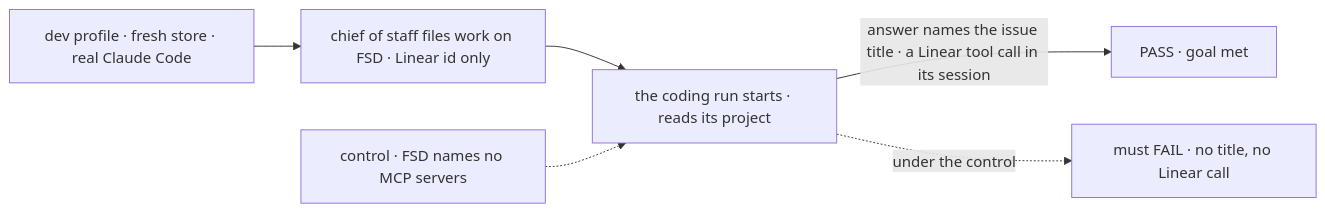
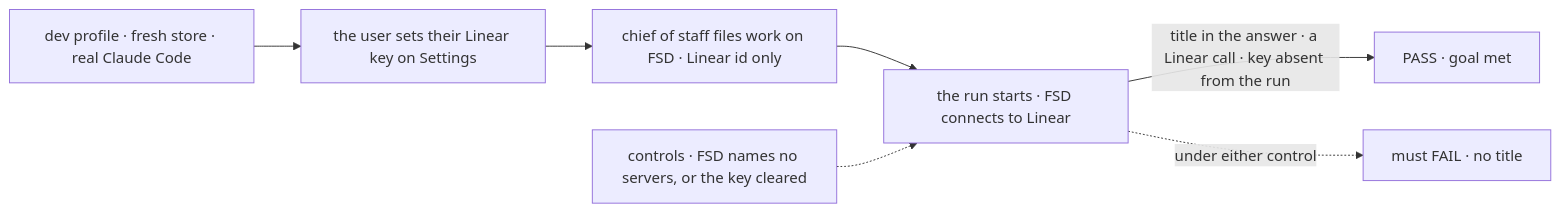
The first of 2 diagrams in specs/issues/FIX-1905/SPEC.md (fixpoint-labs/flow-state-dev), drawn with Mermaid before and after one commit. The commit also changed other lines of this file and 10 other files, not shown here.

First line of the commit message:
spec(FIX-1905): FSD holds the MCP connection; per-user keys on a Settings page

````diff
--- a/specs/issues/FIX-1905/SPEC.md
+++ b/specs/issues/FIX-1905/SPEC.md
@@ -31,8 +32,9 @@
 ```mermaid
 flowchart LR
-  I["dev profile · fresh store · real Claude Code"] --> T["chief of staff files work on FSD · Linear id only"]
-  T --> R["the coding run starts · reads its project"]
-  R -->|"answer names the issue title · a Linear tool call in its session"| P["PASS · goal met"]
-  C["control · FSD names no MCP servers"] -.-> R
-  R -.->|"under the control"| F["must FAIL · no title, no Linear call"]
+  I["dev profile · fresh store · real Claude Code"] --> K["the user sets their Linear key on Settings"]
+  K --> T["chief of staff files work on FSD · Linear id only"]
+  T --> R["the run starts · FSD connects to Linear"]
+  R -->|"title in the answer · a Linear call · key absent from the run"| P["PASS · goal met"]
+  C["controls · FSD names no servers, or the key cleared"] -.-> R
+  R -.->|"under either control"| F["must FAIL · no title"]
 ```
````
